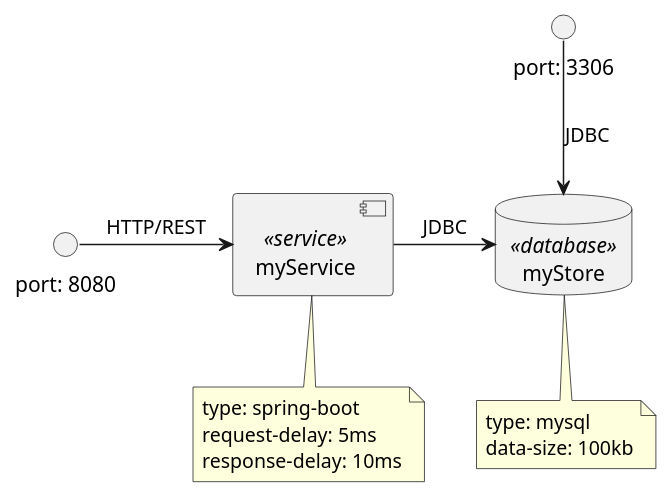
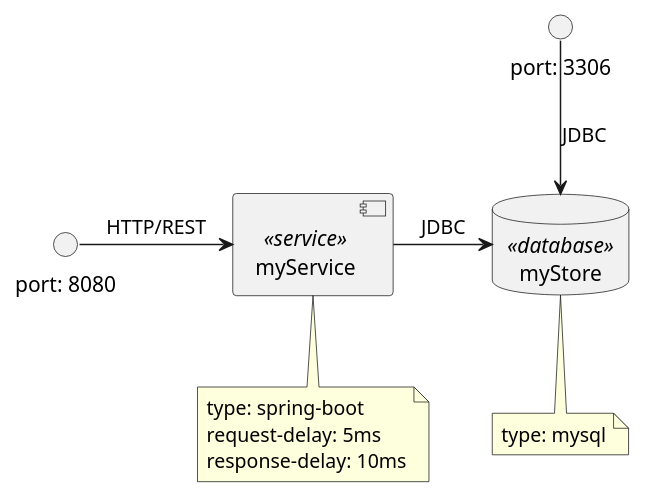
The diagram in scenarios/minimal.puml (iteratec/microzoo), drawn with PlantUML before and after one commit. The commit also changed 11 other files, not shown here.

```diff
--- a/scenarios/minimal.puml
+++ b/scenarios/minimal.puml
@@ -1,23 +1,22 @@
 @startuml
 
 database "myStore" <<database>>
 note bottom of "myStore" {
     type: mysql
-    data-size: 100kb
 }
 
 component "myService" <<service>>
 note bottom of "myService" {
     type: spring-boot
     request-delay: 5ms
     response-delay: 10ms
 }
 
 interface "port: 8080"
 interface "port: 3306"
 
 [myService] -> [myStore]: JDBC
 [port: 8080] -> [myService]: HTTP/REST
 [port: 3306] --> [myStore]: JDBC
 
 @enduml
```
